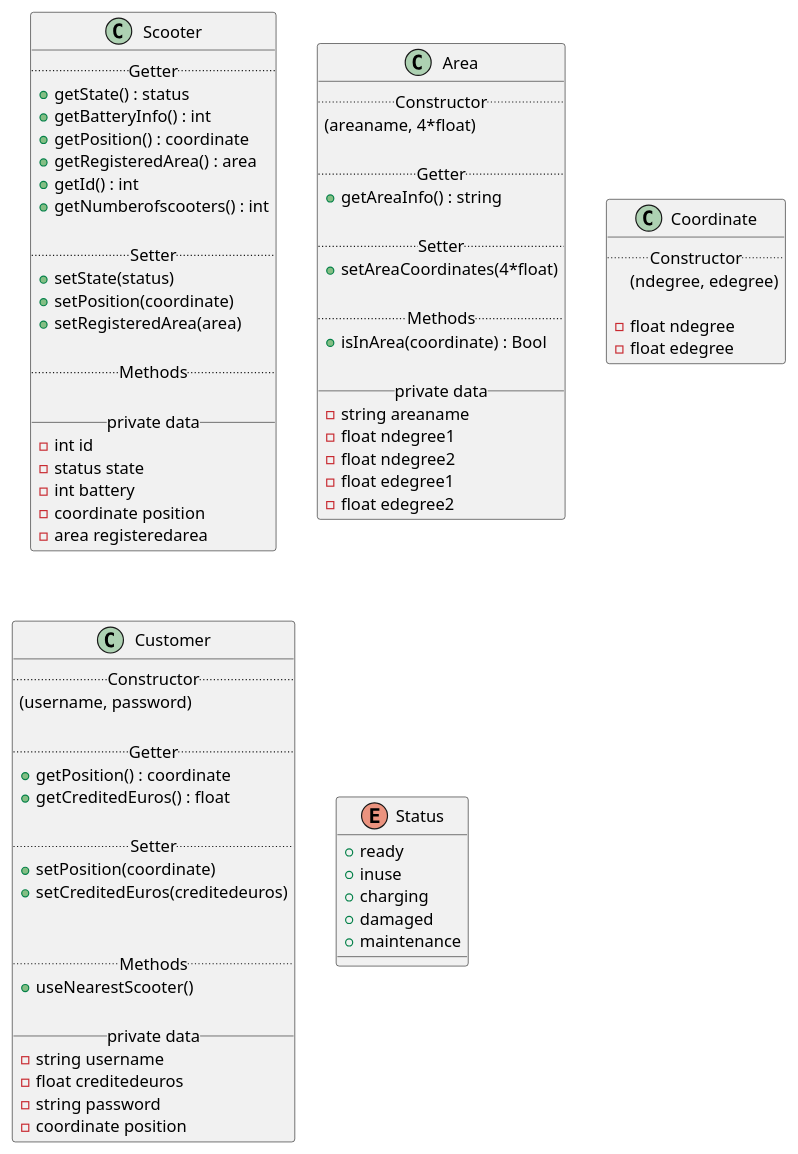
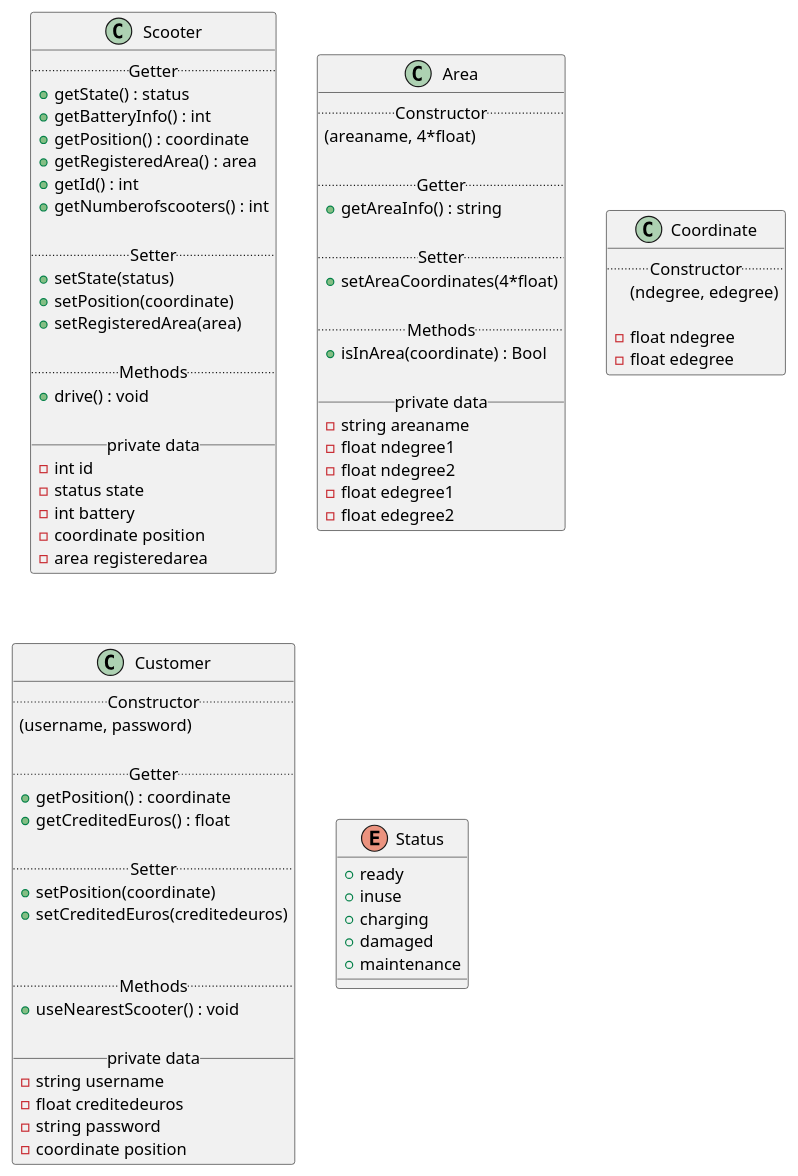
Before and after one commit to fh-erfurt/Scooter-MS: the diagram in umldiagram.iuml, drawn with PlantUML. The commit also changed 1 other file, not shown here.

Commit message:
updated UML & Scooter

```diff
--- a/umldiagram.iuml
+++ b/umldiagram.iuml
@@ -1,104 +1,105 @@
 @startuml
 
 
 
 
 
 skinparam componentStyle uml2
 
 
 
 class Scooter {
     .. Getter ..
   + getState() : status
   + getBatteryInfo() : int
   + getPosition() : coordinate
   + getRegisteredArea() : area
   + getId() : int
   + getNumberofscooters() : int
 
   .. Setter ..
   + setState(status)
   + setPosition(coordinate)
-  +setRegisteredArea(area)
+  + setRegisteredArea(area)
 
   .. Methods ..
+  + drive() : void
 
   __ private data __
   -int id
   -status state
   -int battery
   -coordinate position
   -area registeredarea
 }
 
 class Area {
   .. Constructor ..
   (areaname, 4*float)
 
   .. Getter ..
-  +getAreaInfo() : string
+  + getAreaInfo() : string
 
   .. Setter ..
-  +setAreaCoordinates(4*float)
+  + setAreaCoordinates(4*float)
 
   .. Methods ..
-  +isInArea(coordinate) : Bool
+  + isInArea(coordinate) : Bool
 
   __ private data __
   -string areaname
   -float ndegree1
   -float ndegree2
   -float edegree1
   -float edegree2
 }
 
 
 
 class Coordinate {
   .. Constructor ..
   (ndegree, edegree)
 
   -float ndegree
   -float edegree
 }
 
 
 class Customer {
   .. Constructor ..
   (username, password)
 
   .. Getter ..
   + getPosition() : coordinate
   + getCreditedEuros() : float
 
   .. Setter ..
   + setPosition(coordinate)
   + setCreditedEuros(creditedeuros)
 
 
   .. Methods ..
-  + useNearestScooter()
+  + useNearestScooter() : void
 
   __ private data __
   -string username
   -float creditedeuros
   -string password
   -coordinate position
 }
 
 
 
 enum Status {
   + ready
   + inuse
   + charging
   + damaged
   + maintenance
 }
 
 
 
 
 
 @enduml
```
